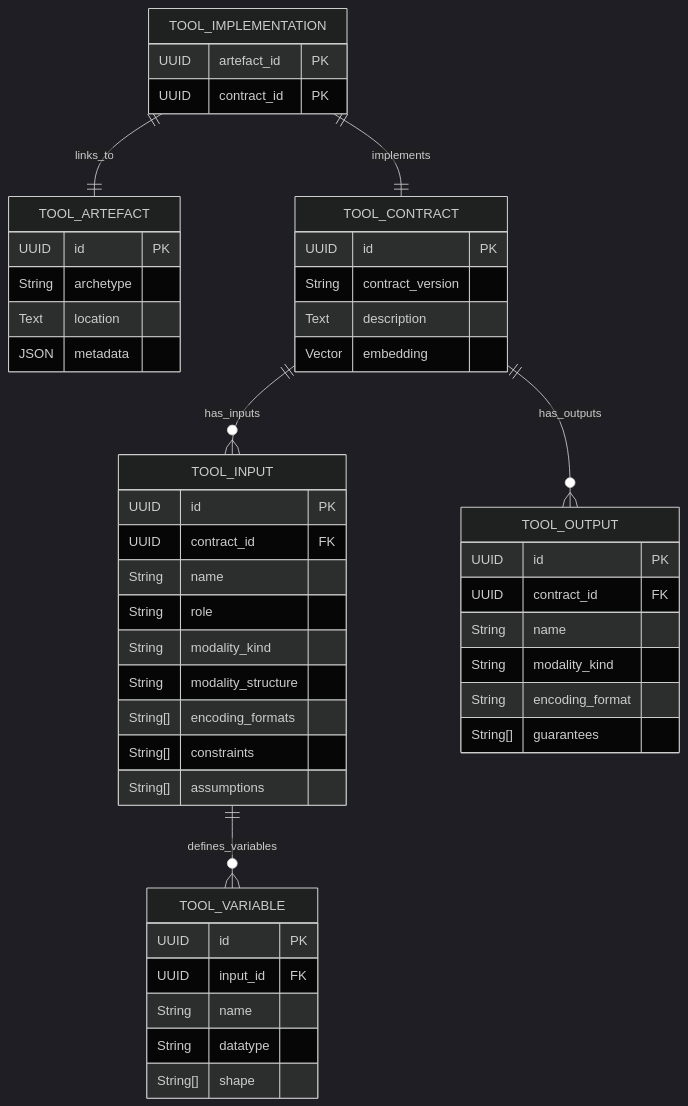
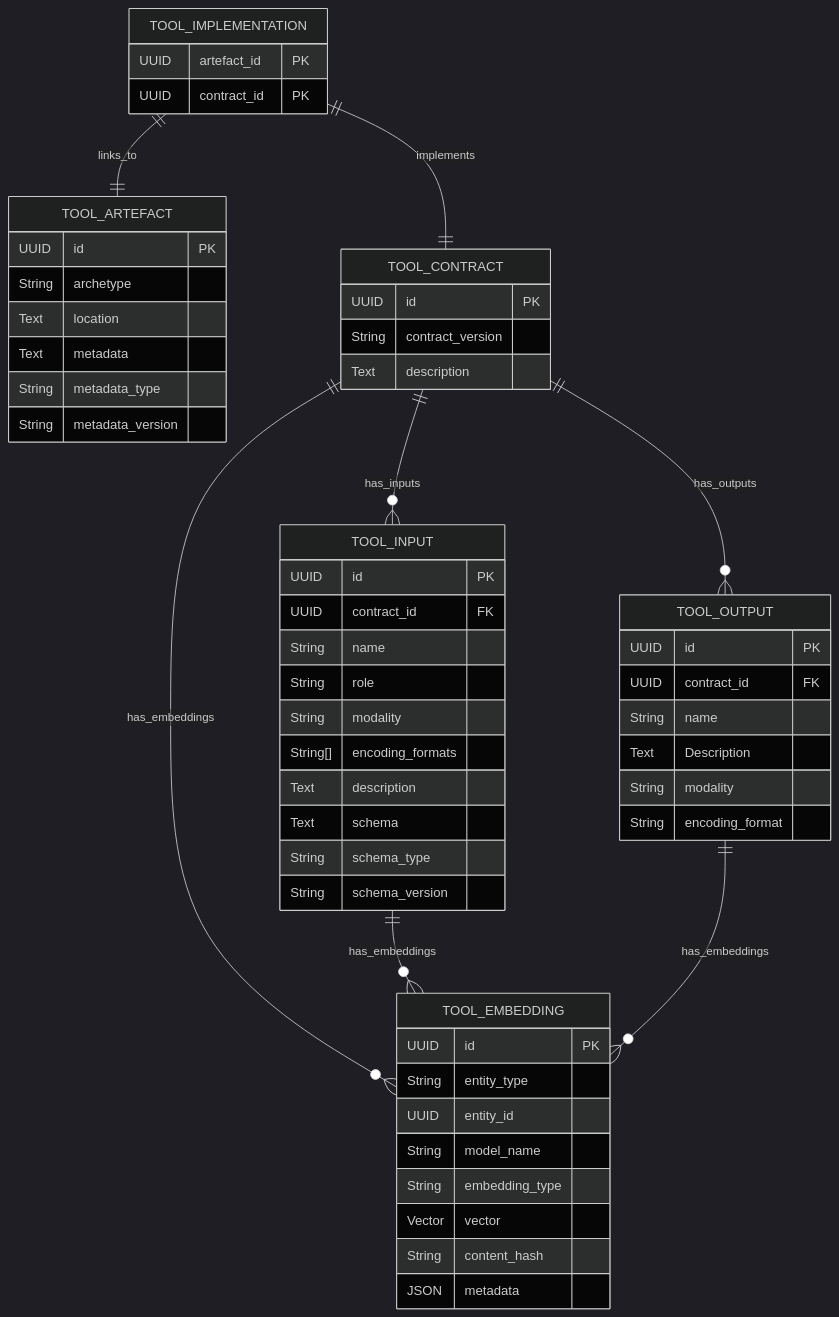
Before and after one commit to EOSC-Data-Commons/toolmeta-models: the diagram in README.md, drawn with Mermaid (dark theme). The commit also changed 4 other files, not shown here.

````diff
--- a/README.md
+++ b/README.md
@@ -6,61 +6,68 @@
 ```mermaid
 erDiagram
     %% Root table
     TOOL_IMPLEMENTATION {
         UUID artefact_id PK
         UUID contract_id PK
     }
     
     %% Artefact table
    TOOL_ARTEFACT {
         UUID id PK
         String archetype
         Text location
-        JSON metadata
+        Text metadata
+        String metadata_type
+        String metadata_version
     }
     
     %% Tool contract table
     TOOL_CONTRACT {
         UUID id PK
         String contract_version
         Text description
-        Vector embedding
+    }
+
+    TOOL_EMBEDDING {
+        UUID id PK
+        String entity_type
+        UUID entity_id 
+        String model_name
+        String embedding_type
+        Vector vector
+        String content_hash
+        JSON metadata
     }
     
     %% Inputs and outputs
     TOOL_INPUT {
         UUID id PK
         UUID contract_id FK
         String name
         String role
-        String modality_kind
-        String modality_structure
+        String modality
         String[] encoding_formats
-        String[] constraints
-        String[] assumptions
-    }
-    
-    TOOL_VARIABLE {
-        UUID id PK
-        UUID input_id FK
-        String name
-        String datatype
-        String[] shape
+        Text description
+        Text schema
+        String schema_type
+        String schema_version
     }
     
     TOOL_OUTPUT {
         UUID id PK
         UUID contract_id FK
         String name
-        String modality_kind
+        Text Description
+        String modality
         String encoding_format
-        String[] guarantees
     }
     
     %% Relationships
     TOOL_IMPLEMENTATION ||--|| TOOL_ARTEFACT : links_to
     TOOL_IMPLEMENTATION ||--|| TOOL_CONTRACT : implements
+    TOOL_CONTRACT ||--o{ TOOL_EMBEDDING : has_embeddings
+    TOOL_INPUT ||--o{ TOOL_EMBEDDING : has_embeddings
+    TOOL_OUTPUT ||--o{ TOOL_EMBEDDING : has_embeddings
     TOOL_CONTRACT ||--o{ TOOL_INPUT : has_inputs
     TOOL_CONTRACT ||--o{ TOOL_OUTPUT : has_outputs
-    TOOL_INPUT ||--o{ TOOL_VARIABLE : defines_variables
 ```
````
